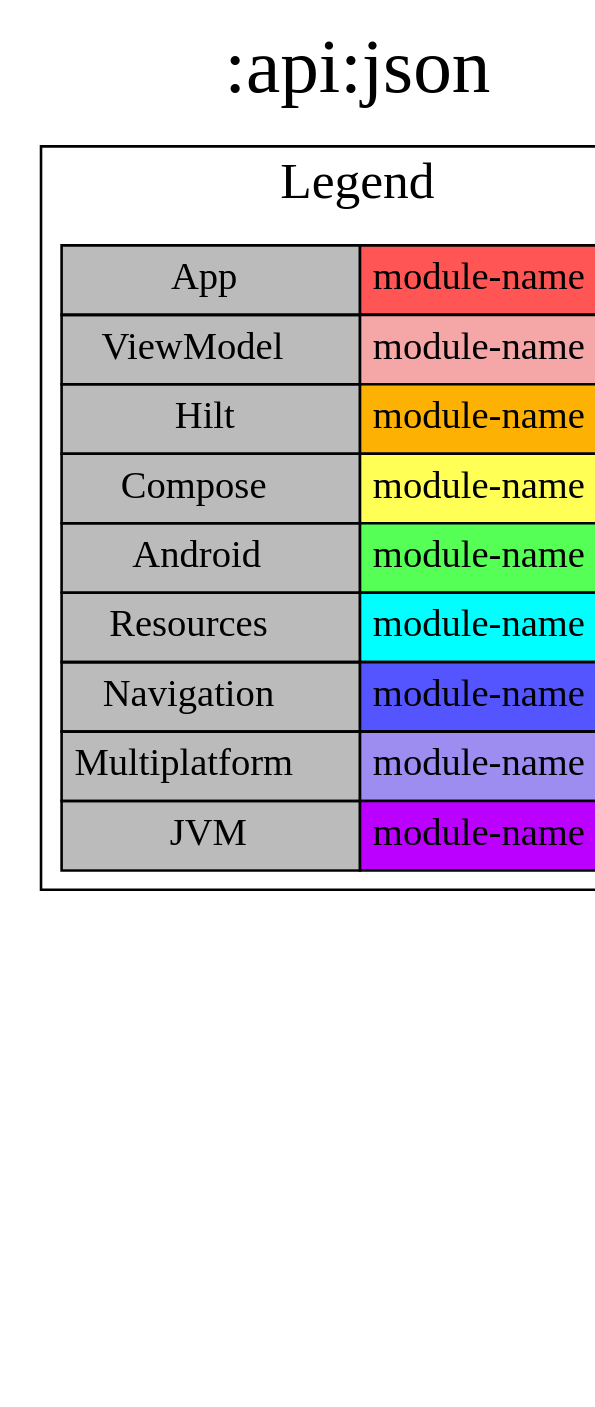
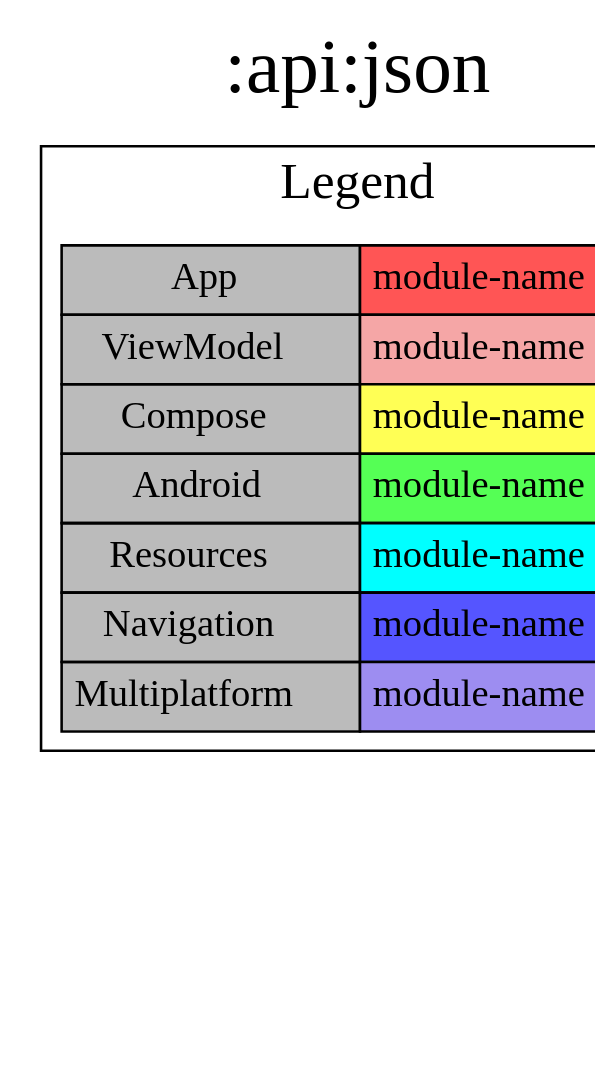
One commit to jonapoul/aktual changed the diagram in modules/api/json/project-dependency-graph.dot. Above: the diagram before and after it, drawn with Graphviz. The commit also changed 169 other files, not shown here.

```diff
--- a/modules/api/json/project-dependency-graph.dot
+++ b/modules/api/json/project-dependency-graph.dot
@@ -1,27 +1,25 @@
 digraph {
 edge ["dir"="forward"]
-graph ["dpi"="100","label"=":api:json","labelloc"="t","fontsize"="30","ranksep"="2.5","rankdir"="TB"]
+graph ["dpi"="100","label"=":api:json","labelloc"="t","fontsize"="30","ranksep"="1.5","rankdir"="TB"]
 node ["style"="filled"]
-":api:json" ["fillcolor"="#BB00FF","shape"="box"]
+":api:json" ["fillcolor"="#9D8DF1","shape"="box"]
 {
 edge ["dir"="none"]
 graph ["rank"="same"]
 }
 subgraph "cluster_legend" {
 edge ["dir"="none"]
 graph ["label"="Legend","fontsize"="20"]
 "Legend" ["style"="filled","fillcolor"="#bbbbbb","shape"="none","margin"="0","fontsize"="15","label"=<
 <TABLE BORDER="0" CELLBORDER="1" CELLSPACING="0" CELLPADDING="4">
 <TR><TD>App</TD><TD BGCOLOR="#FF5555">module-name</TD></TR>
 <TR><TD>ViewModel</TD><TD BGCOLOR="#F5A6A6">module-name</TD></TR>
-<TR><TD>Hilt</TD><TD BGCOLOR="#FCB103">module-name</TD></TR>
 <TR><TD>Compose</TD><TD BGCOLOR="#FFFF55">module-name</TD></TR>
 <TR><TD>Android</TD><TD BGCOLOR="#55FF55">module-name</TD></TR>
 <TR><TD>Resources</TD><TD BGCOLOR="#00FFFF">module-name</TD></TR>
 <TR><TD>Navigation</TD><TD BGCOLOR="#5555FF">module-name</TD></TR>
 <TR><TD>Multiplatform</TD><TD BGCOLOR="#9D8DF1">module-name</TD></TR>
-<TR><TD>JVM</TD><TD BGCOLOR="#BB00FF">module-name</TD></TR>
 </TABLE>
 >]
 } -> ":api:json" ["style"="invis"]
 }
```
